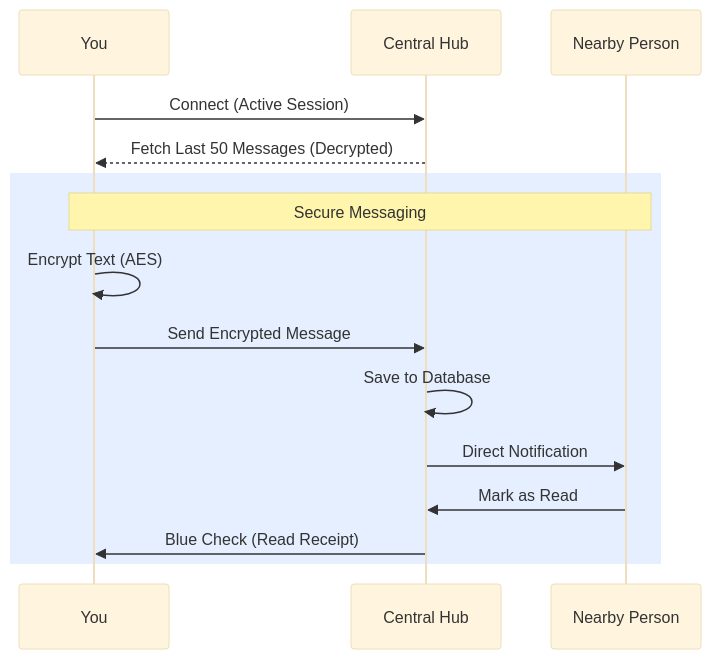
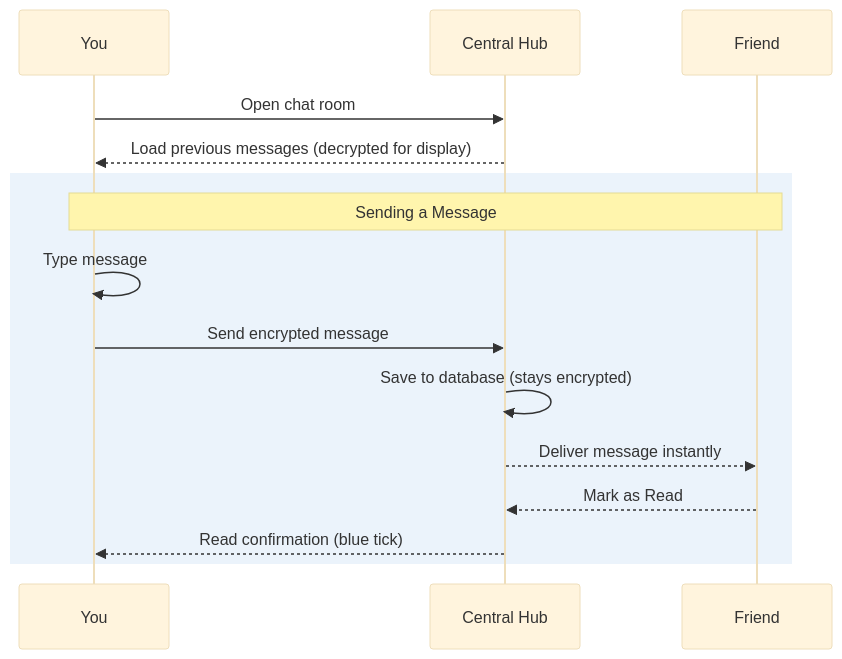
One commit to Akash-Veerla/Demographic changed the seventh of 14 diagrams in docs/DIAGRAMS.md. Above: the diagram before and after it, drawn with Mermaid (base theme). The commit also changed other lines of this file and 2 other files, not shown here.

Commit message:
Update README.md & DIAGRAMS.md

````diff
--- a/docs/DIAGRAMS.md
+++ b/docs/DIAGRAMS.md
@@ -215,19 +230,19 @@
 ```mermaid
 sequenceDiagram
-    participant Me as You
-    participant Hub as Central Hub
-    participant Peer as Nearby Person
+    participant You
+    participant Server as Central Hub
+    participant Friend
 
-    Me->>Hub: Connect (Active Session)
-    Hub-->>Me: Fetch Last 50 Messages (Decrypted)
+    You->>Server: Open chat room
+    Server-->>You: Load previous messages (decrypted for display)
 
-    rect rgba(0, 100, 255, 0.1)
-    Note over Me, Peer: Secure Messaging
-    Me->>Me: Encrypt Text (AES)
-    Me->>Hub: Send Encrypted Message
-    Hub->>Hub: Save to Database
-    Hub->>Peer: Direct Notification
-    Peer->>Hub: Mark as Read
-    Hub->>Me: Blue Check (Read Receipt)
+    rect rgba(0, 100, 200, 0.08)
+    Note over You, Friend: Sending a Message
+    You->>You: Type message
+    You->>Server: Send encrypted message
+    Server->>Server: Save to database (stays encrypted)
+    Server-->>Friend: Deliver message instantly
+    Friend-->>Server: Mark as Read
+    Server-->>You: Read confirmation (blue tick)
     end
 ```
````
